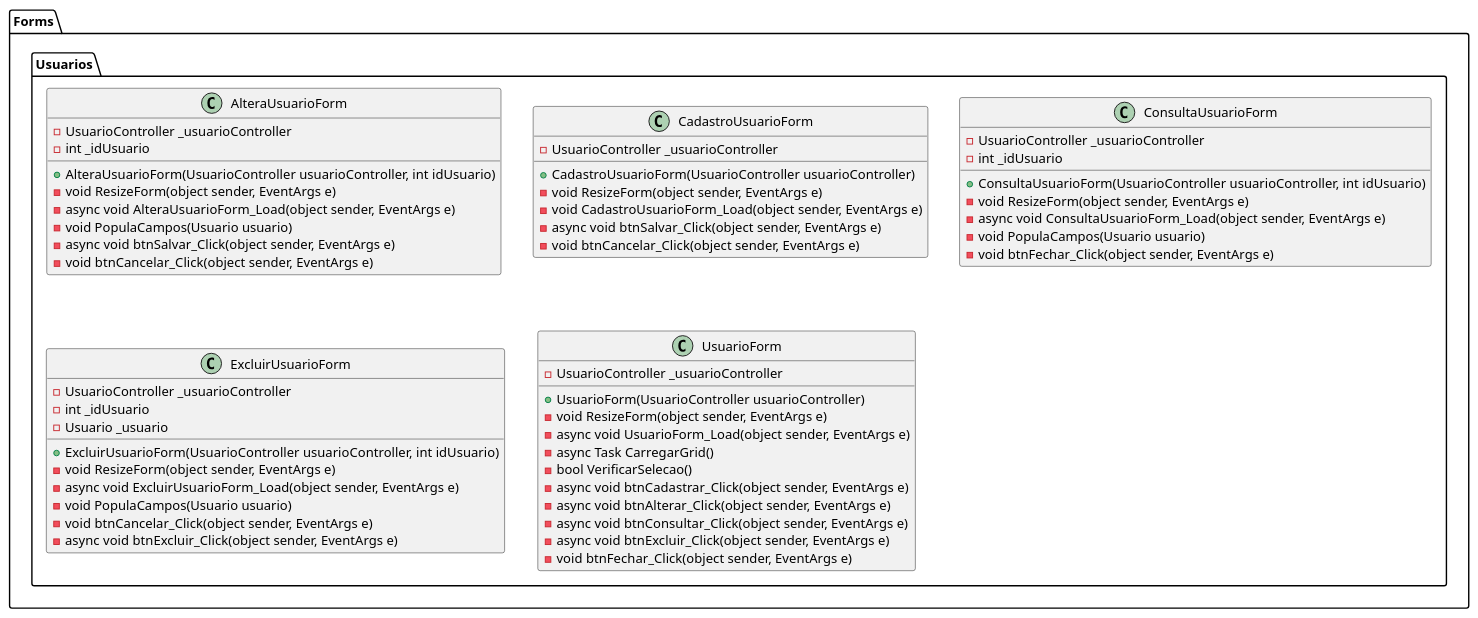
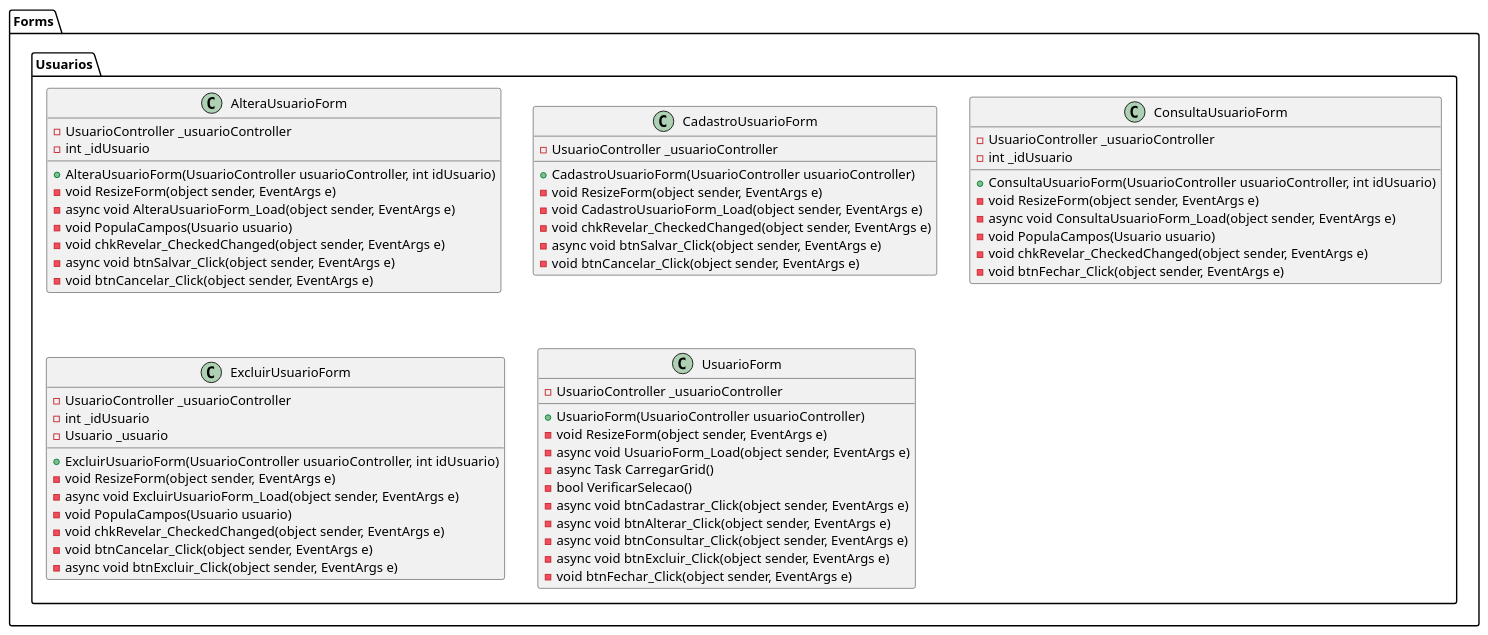
Before and after one commit to RTheodoro4201/PIM-IV-WinForms: the diagram in Docs/Diagramas/Classes/Forms/Usuarios.puml, drawn with PlantUML. The commit also changed 29 other files, not shown here.

```diff
--- a/Docs/Diagramas/Classes/Forms/Usuarios.puml
+++ b/Docs/Diagramas/Classes/Forms/Usuarios.puml
@@ -1,63 +1,67 @@
 @startuml
 package Forms
 {
     package Usuarios
     {
         class AlteraUsuarioForm {
           - UsuarioController _usuarioController
           - int _idUsuario
           + AlteraUsuarioForm(UsuarioController usuarioController, int idUsuario)
           - void ResizeForm(object sender, EventArgs e)
           - async void AlteraUsuarioForm_Load(object sender, EventArgs e)
           - void PopulaCampos(Usuario usuario)
+          - void chkRevelar_CheckedChanged(object sender, EventArgs e)
           - async void btnSalvar_Click(object sender, EventArgs e)
           - void btnCancelar_Click(object sender, EventArgs e)
         }
 
         class CadastroUsuarioForm {
           - UsuarioController _usuarioController
           + CadastroUsuarioForm(UsuarioController usuarioController)
           - void ResizeForm(object sender, EventArgs e)
           - void CadastroUsuarioForm_Load(object sender, EventArgs e)
+          - void chkRevelar_CheckedChanged(object sender, EventArgs e)
           - async void btnSalvar_Click(object sender, EventArgs e)
           - void btnCancelar_Click(object sender, EventArgs e)
         }
 
         class ConsultaUsuarioForm {
           - UsuarioController _usuarioController
           - int _idUsuario
           + ConsultaUsuarioForm(UsuarioController usuarioController, int idUsuario)
           - void ResizeForm(object sender, EventArgs e)
           - async void ConsultaUsuarioForm_Load(object sender, EventArgs e)
           - void PopulaCampos(Usuario usuario)
+          - void chkRevelar_CheckedChanged(object sender, EventArgs e)
           - void btnFechar_Click(object sender, EventArgs e)
         }
 
         class ExcluirUsuarioForm {
           - UsuarioController _usuarioController
           - int _idUsuario
           - Usuario _usuario
           + ExcluirUsuarioForm(UsuarioController usuarioController, int idUsuario)
           - void ResizeForm(object sender, EventArgs e)
           - async void ExcluirUsuarioForm_Load(object sender, EventArgs e)
           - void PopulaCampos(Usuario usuario)
+          - void chkRevelar_CheckedChanged(object sender, EventArgs e)
           - void btnCancelar_Click(object sender, EventArgs e)
           - async void btnExcluir_Click(object sender, EventArgs e)
         }
 
         class UsuarioForm {
           - UsuarioController _usuarioController
           + UsuarioForm(UsuarioController usuarioController)
           - void ResizeForm(object sender, EventArgs e)
           - async void UsuarioForm_Load(object sender, EventArgs e)
           - async Task CarregarGrid()
           - bool VerificarSelecao()
           - async void btnCadastrar_Click(object sender, EventArgs e)
           - async void btnAlterar_Click(object sender, EventArgs e)
           - async void btnConsultar_Click(object sender, EventArgs e)
           - async void btnExcluir_Click(object sender, EventArgs e)
           - void btnFechar_Click(object sender, EventArgs e)
         }
     }
 }
 @enduml
```
